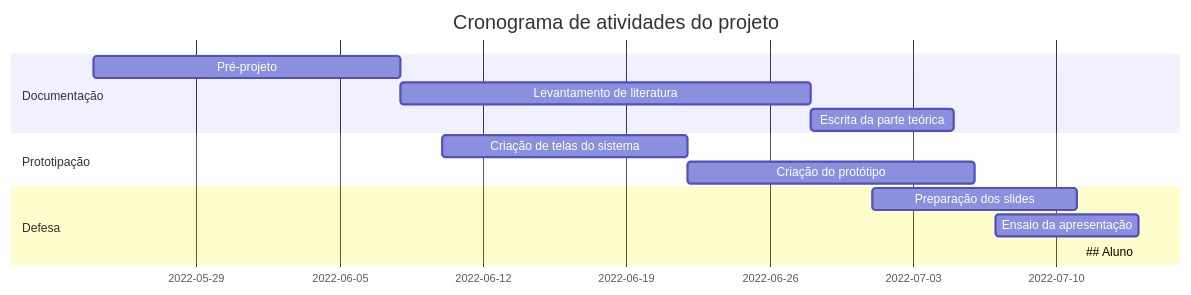
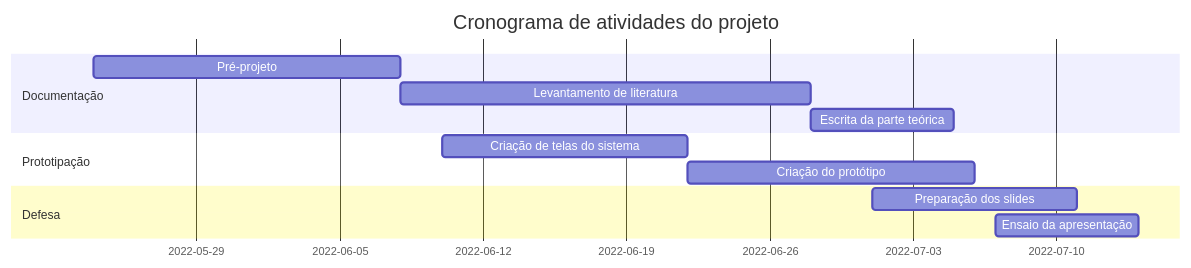
The diagram in README.md (Ricvidal/CronogramaMarkdown), drawn with Mermaid before and after one commit. The commit also changed other lines of this file, not shown here.

````diff
--- a/README.md
+++ b/README.md
@@ -3,16 +3,15 @@
 ```mermaid
     gantt
     title Cronograma de atividades do projeto
     dateFormat  YYYY-MM-DD
     section Documentação
     Pré-projeto     :a1, 2022-05-24, 15d
     Levantamento de literatura   :a2,after a1  , 20d
     Escrita da parte teórica  :a3,after a2, 7d
     section Prototipação
     Criação de telas do sistema     :c2,2022-06-10  , 12d
     Criação do protótipo      :c3,after c2, 14d
     section Defesa
     Preparação dos slides :p1, 2022-07-01, 10d
     Ensaio da apresentação :p2, 2022-07-07, 7d
-    ## Aluno: José Ricardo Quintino Vidal
 ```
````
